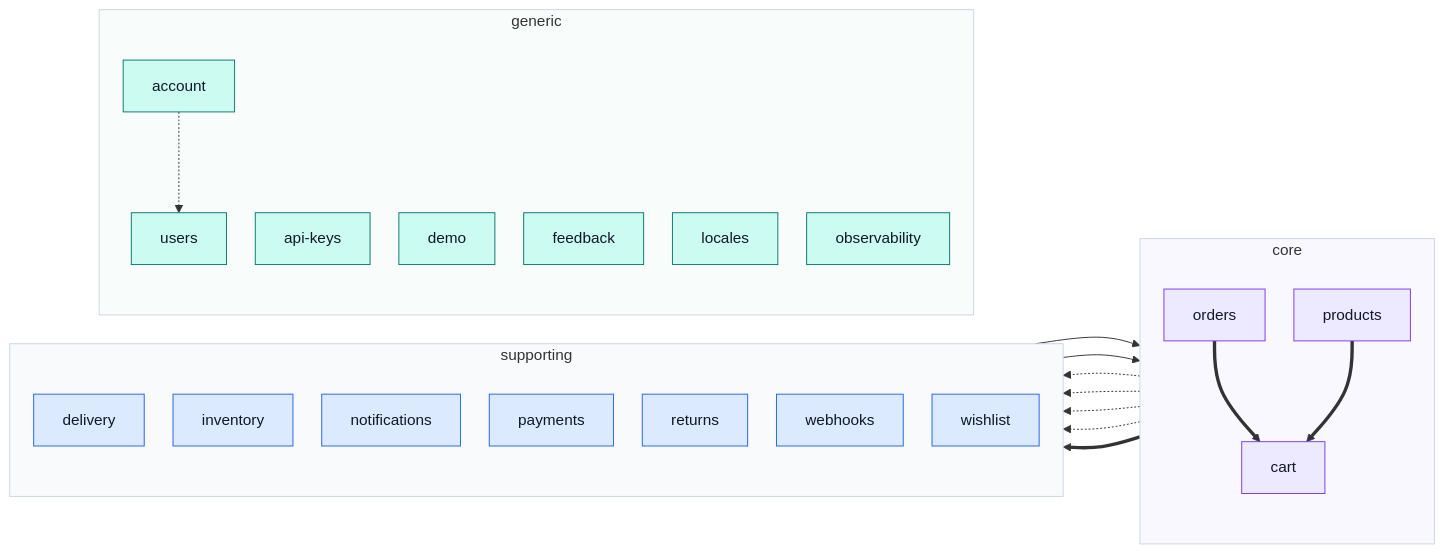
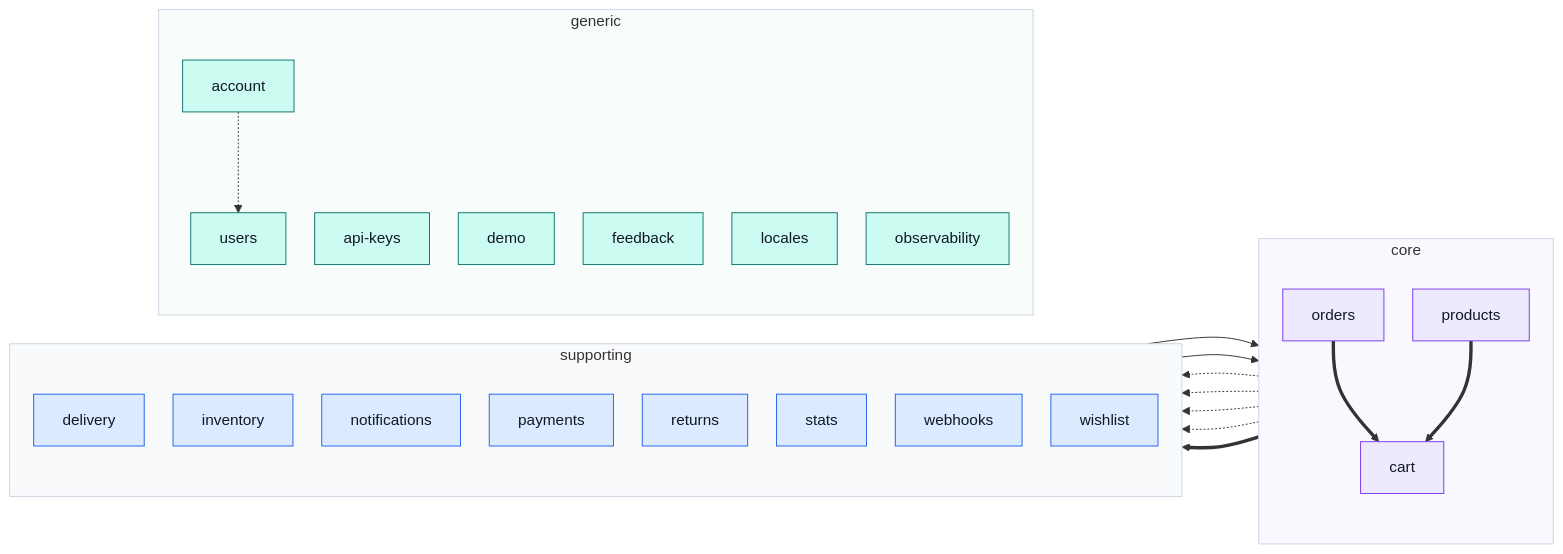
The diagram in docs/modules/index.md (Guebbit/boilerplate-vue-frontend), drawn with Mermaid before and after one commit. The commit also changed other lines of this file and 53 other files, not shown here.

````diff
--- a/docs/modules/index.md
+++ b/docs/modules/index.md
@@ -34,50 +34,51 @@
 ```mermaid
 %%{init: {'flowchart': {'nodeSpacing': 30, 'rankSpacing': 80}}}%%
 flowchart LR
     subgraph CORE["core"]
         direction TB
         cart["cart"]
         orders["orders"]
         products["products"]
     end
     subgraph SUPPORTING["supporting"]
         direction TB
         delivery["delivery"]
         inventory["inventory"]
         notifications["notifications"]
         payments["payments"]
         returns["returns"]
+        stats["stats"]
         webhooks["webhooks"]
         wishlist["wishlist"]
     end
     subgraph GENERIC["generic"]
         direction TB
         account["account"]
         apiKeys["api-keys"]
         demo["demo"]
         feedback["feedback"]
         locales["locales"]
         observability["observability"]
         users["users"]
     end
     account -.-> users
     cart -.-> delivery
     inventory --> products
     orders ==> cart
     orders -.-> delivery
     orders -.-> payments
     orders -.-> returns
     products ==> cart
     products ==> wishlist
     wishlist --> cart
 
     classDef core fill:#ede9fe,stroke:#7c3aed,color:#111827;
     classDef supporting fill:#dbeafe,stroke:#2563eb,color:#111827;
     classDef generic fill:#ccfbf1,stroke:#0f766e,color:#111827;
     class cart,orders,products core;
-    class delivery,inventory,notifications,payments,returns,webhooks,wishlist supporting;
+    class delivery,inventory,notifications,payments,returns,stats,webhooks,wishlist supporting;
     class account,apiKeys,demo,feedback,locales,observability,users generic;
     style CORE fill:#faf8ff,stroke:#cbd5e1
     style SUPPORTING fill:#f8fafc,stroke:#cbd5e1
     style GENERIC fill:#f8fdfc,stroke:#cbd5e1
 ```
````
